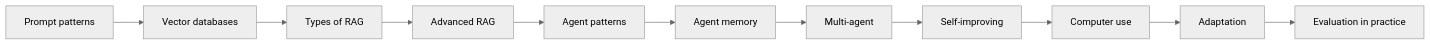
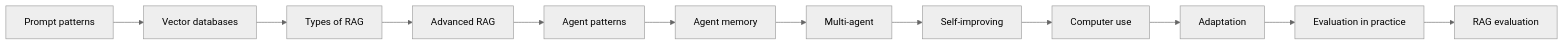
Before and after one commit to namphuongtran/ai-vault: the diagram in content/en/deep-dives/_index.md, drawn with Mermaid (neutral theme). The commit also changed other lines of this file and 38 other files, not shown here.

First line of the commit message:
Add Serving Models section and RAG Evaluation page (EN + VI) (#58)

````diff
--- a/content/en/deep-dives/_index.md
+++ b/content/en/deep-dives/_index.md
@@ -24,6 +24,6 @@
 ```mermaid
 flowchart LR
     A[Prompt patterns] --> B[Vector databases] --> C[Types of RAG] --> D[Advanced RAG]
     D --> E[Agent patterns] --> F[Agent memory] --> M[Multi-agent] --> SE[Self-improving] --> CU[Computer use]
-    CU --> G[Adaptation] --> H[Evaluation in practice]
+    CU --> G[Adaptation] --> H[Evaluation in practice] --> RE[RAG evaluation]
 ```
````
